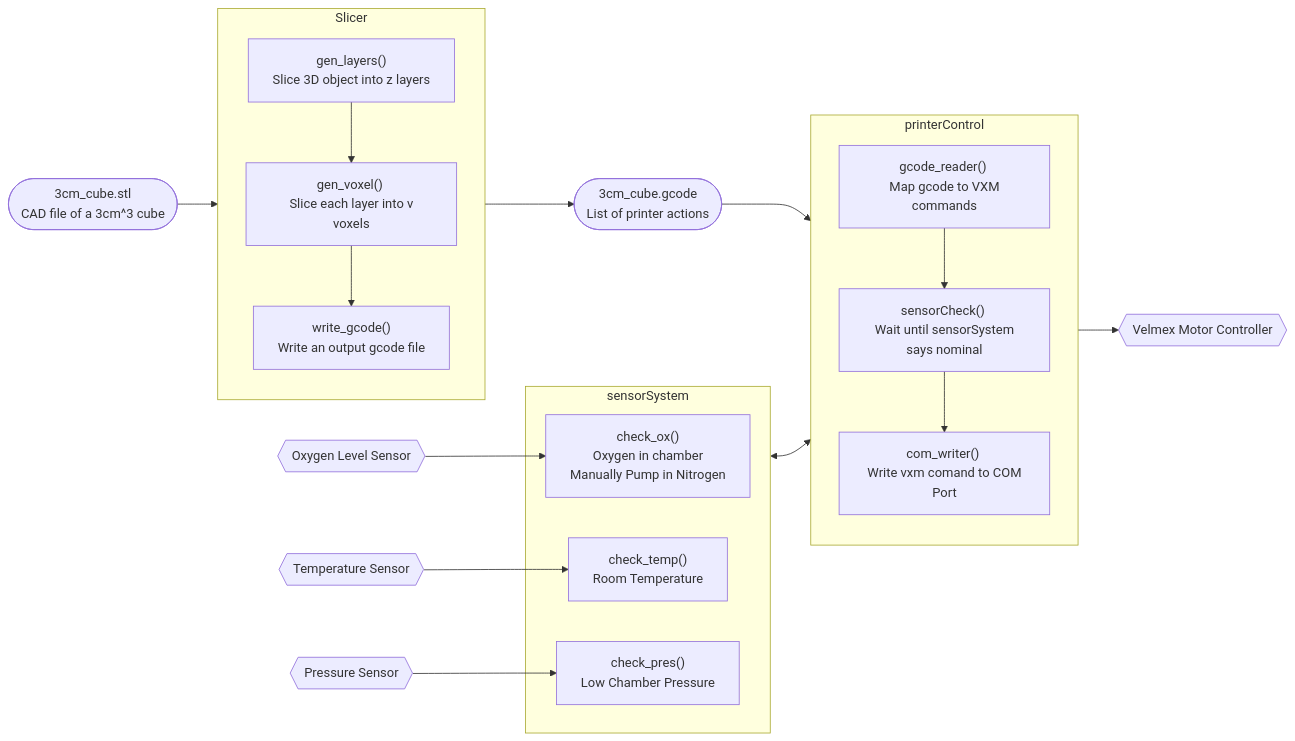
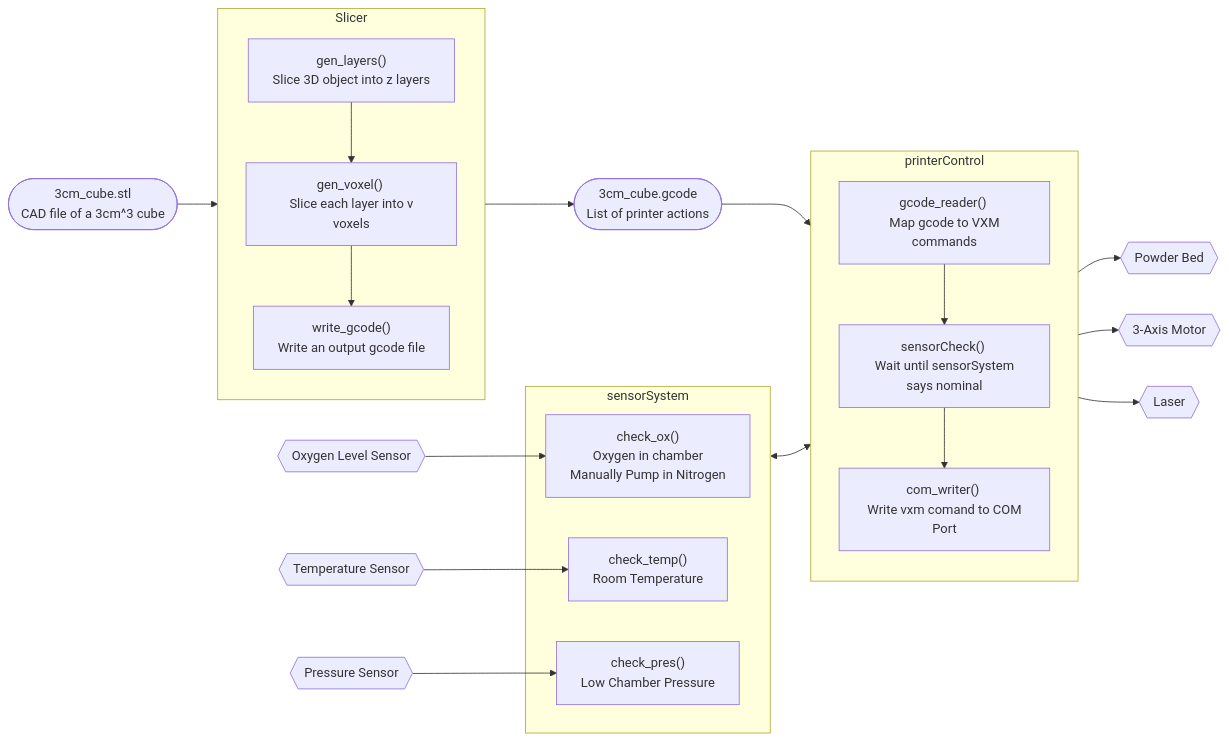
One commit to Aaron638/cpre491-senior-proj changed the diagram in docs/newSoftwareFlow.md. Above: the diagram before and after it, drawn with Mermaid. The commit also changed 3 other files, not shown here.

````diff
--- a/docs/newSoftwareFlow.md
+++ b/docs/newSoftwareFlow.md
@@ -1,47 +1,47 @@
 ```mermaid
 flowchart LR
     id1([3cm_cube.stl \n CAD file of a 3cm^3 cube]) 
     --> 
     Slicer
     
     subgraph Slicer
         sl1["gen_layers() \n Slice 3D object into z layers"] 
         -->
         sl2["gen_voxel() \n Slice each layer into v voxels"]
         -->
         sl3["write_gcode() \n Write an output gcode file"]
     end
 
     Slicer 
     --> 
     id2([3cm_cube.gcode \n List of printer actions])
     --> 
     printerControl
 
     subgraph printerControl
         pc1["gcode_reader() \n Map gcode to VXM commands"]
         -->
         pc2["sensorCheck() \n Wait until sensorSystem says nominal"]
         -->
         pc3["com_writer() \n Write vxm comand to COM Port"]
     end
 
-    printerControl
-    -->
-    id3{{Velmex Motor Controller}}
+    printerControl-->id3{{Powder Bed}}
+    printerControl-->x{{3-Axis Motor}}
+    printerControl-->y{{Laser}}
 
     id4{{Oxygen Level Sensor}} --> ss1
     id5{{Temperature Sensor}} --> ss2
     id6{{Pressure Sensor}} --> ss3
 
     subgraph sensorSystem
         ss1["check_ox() \n Oxygen in chamber \n Manually Pump in Nitrogen"]
         ss2["check_temp() \n Room Temperature"]
         ss3["check_pres() \n Low Chamber Pressure"]
     end
 
     sensorSystem
     <--> 
     printerControl
     
 ```
````
